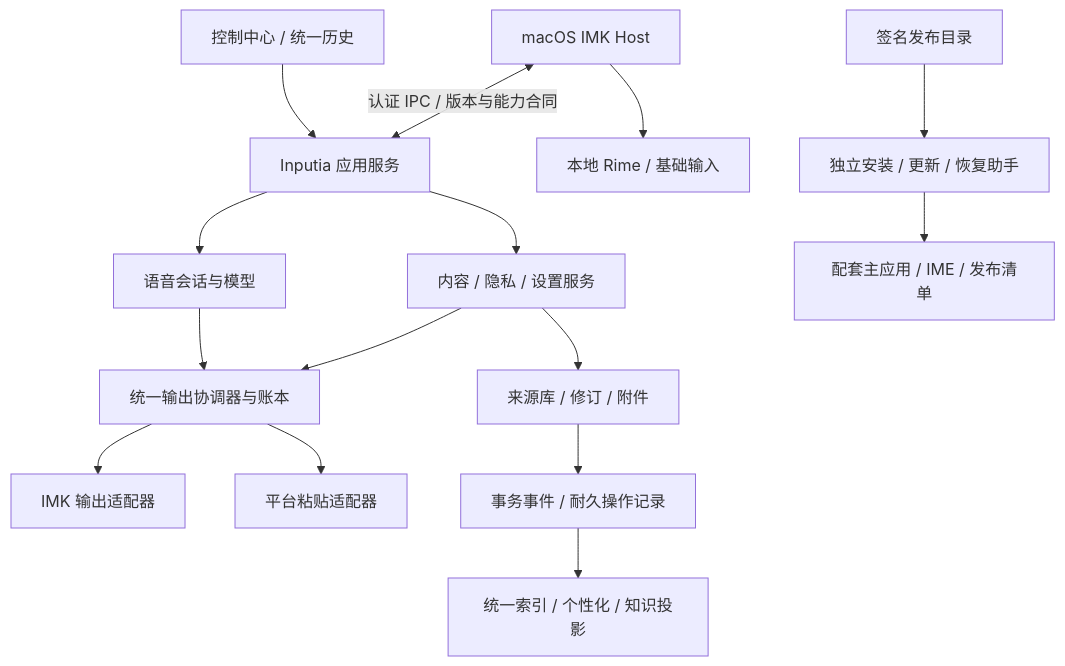
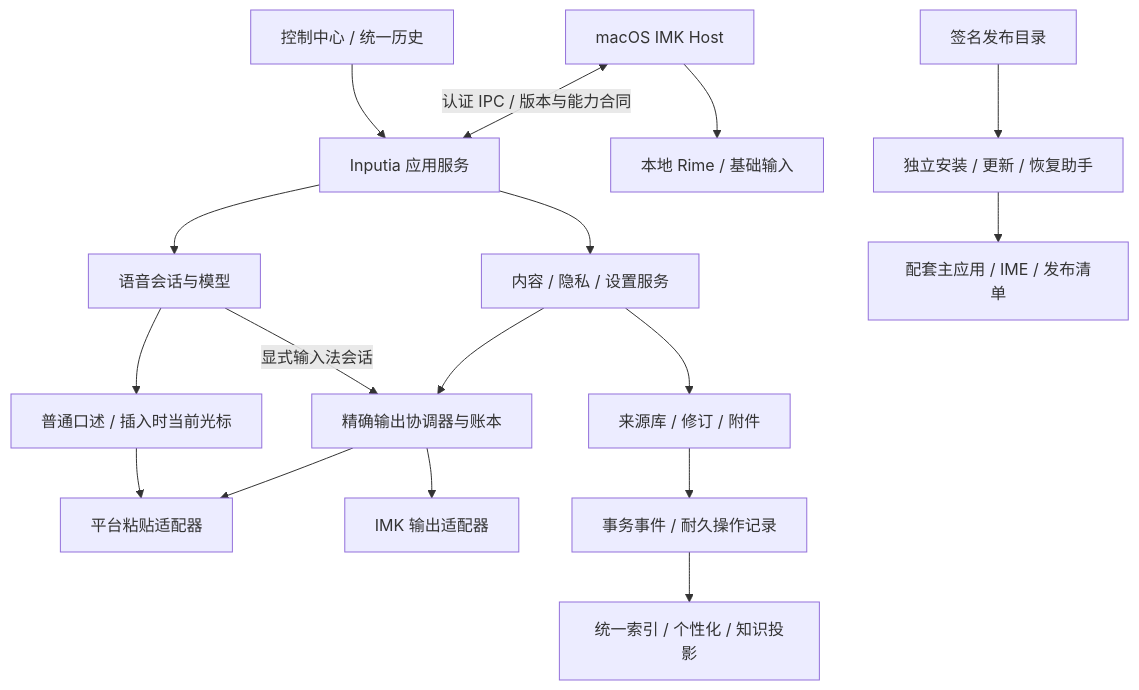
One commit to lizhelang/Handy changed the diagram in README.md. Above: the diagram before and after it, drawn with Mermaid. The commit also changed other lines of this file and 108 other files, not shown here.

````diff
--- a/README.md
+++ b/README.md
@@ -51,17 +71,19 @@
 ```mermaid
 flowchart TB
   UI[控制中心 / 统一历史] --> App[Inputia 应用服务]
   Host[macOS IMK Host] --> Rime[本地 Rime / 基础输入]
   Host <-->|认证 IPC / 版本与能力合同| App
   App --> Voice[语音会话与模型]
   App --> Content[内容 / 隐私 / 设置服务]
-  Voice --> Output[统一输出协调器与账本]
+  Voice --> Ordinary[普通口述 / 插入时当前光标]
+  Ordinary --> Paste[平台粘贴适配器]
+  Voice -->|显式输入法会话| Output[精确输出协调器与账本]
   Content --> Output
   Output --> IMK[IMK 输出适配器]
   Output --> Paste[平台粘贴适配器]
   Content --> Stores[来源库 / 修订 / 附件]
   Stores --> Events[事务事件 / 耐久操作记录]
   Events --> Projections[统一索引 / 个性化 / 知识投影]
   Feed[签名发布目录] --> Installer[独立安装 / 更新 / 恢复助手]
   Installer --> Pair[配套主应用 / IME / 发布清单]
 ```
````
